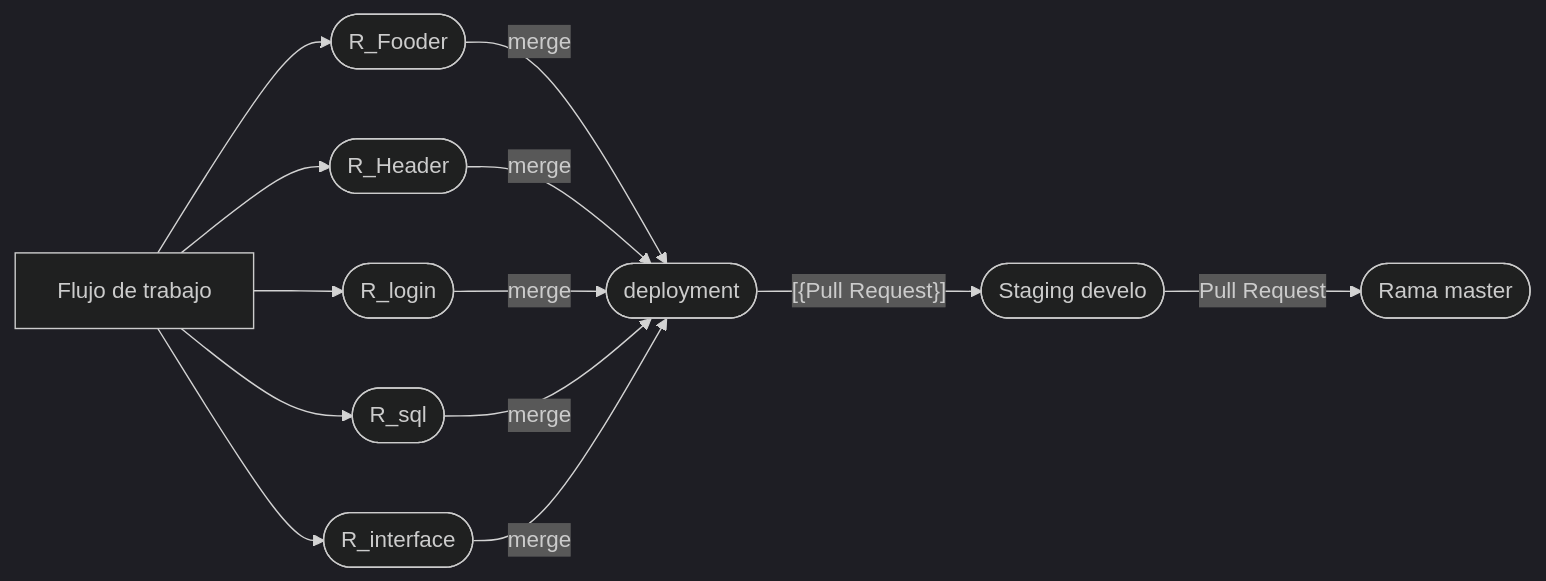
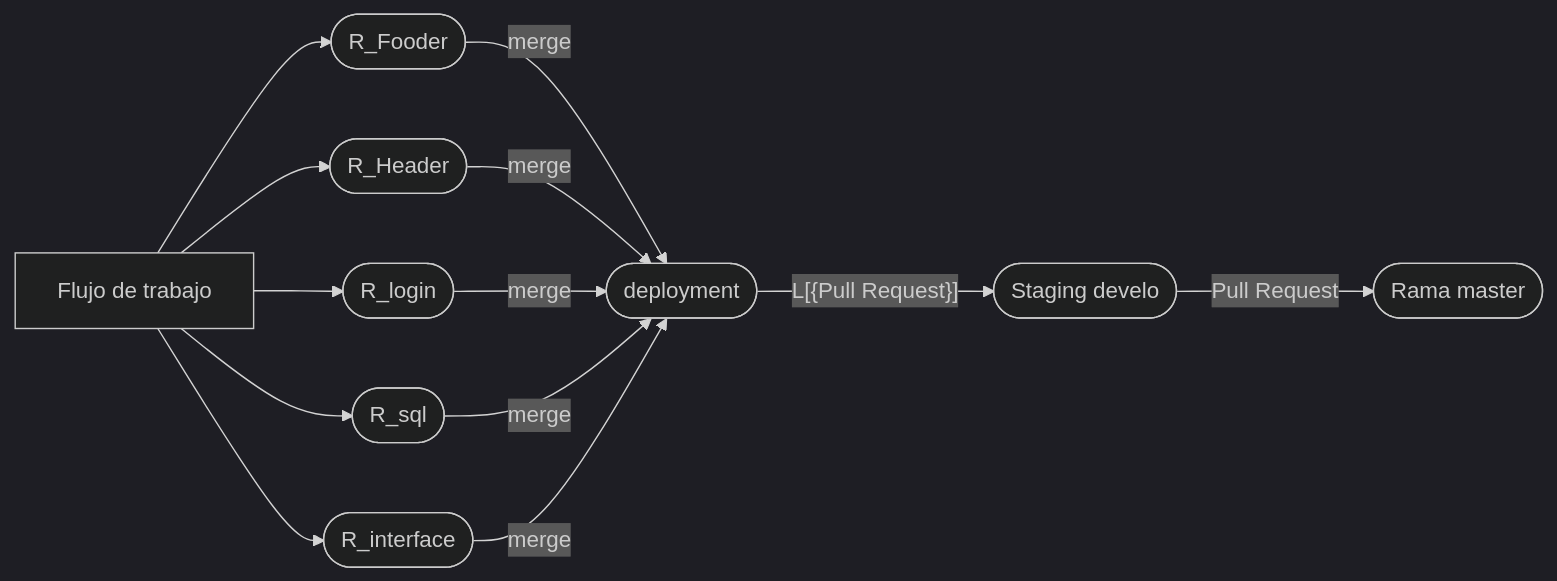
The third of 3 diagrams in Notas_del_curso_de_git.md (dczinil/git), drawn with Mermaid (dark theme) before and after one commit.

Commit message:
Trabajando en los graficos de flujo de trebajo p14 nuevo grafico

````diff
--- a/Notas_del_curso_de_git.md
+++ b/Notas_del_curso_de_git.md
@@ -253,10 +253,10 @@
 ```mermaid
 
 graph LR
 A[Flujo de trabajo]-->B([R_Fooder])--merge-->H
 A[Flujo de trabajo]-->C([R_Header])--merge-->H
 A[Flujo de trabajo]-->D([R_login])--merge-->H
 A[Flujo de trabajo]-->E([R_sql])--merge-->H
 A[Flujo de trabajo]-->G([R_interface])--merge-->H
-H([deployment])--[{Pull Request}]-->I([Staging  develo])--Pull Request-->K([Rama master])
+H([deployment])--L[{Pull Request}]-->I([Staging  develo])--Pull Request-->K([Rama master])
 ```
````
